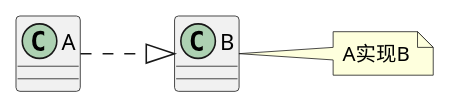
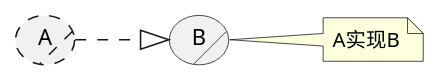
One commit to lyremelody/spiritual-practice changed the sixth of 10 diagrams in software-engineering/uml/README.md. Above: the diagram before and after it, drawn with PlantUML. The commit also changed other lines of this file, not shown here.

Commit message:
完善《UML》，新增实现关系、精化关系、泛化关系、聚合关系、组合关系的解释

````diff
--- a/software-engineering/uml/README.md
+++ b/software-engineering/uml/README.md
@@ -148,9 +148,9 @@
 ```plantuml
 @startuml
-class A
-class B
+usecase (A)/ #line.dashed;
+usecase (B)/
 left to right direction
 A -[dashed]-|> B
 note right: A实现B
 @enduml
 ```
````
